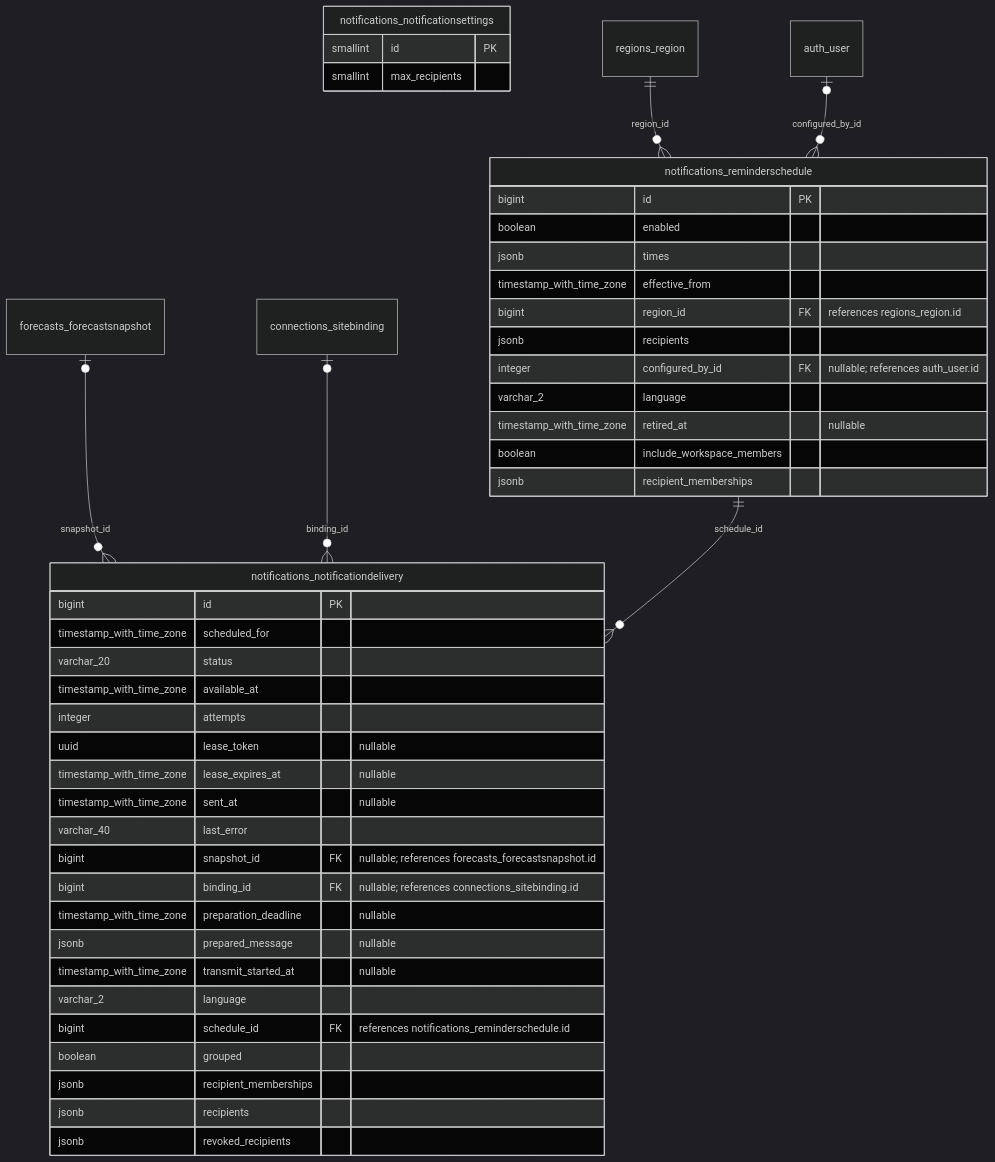
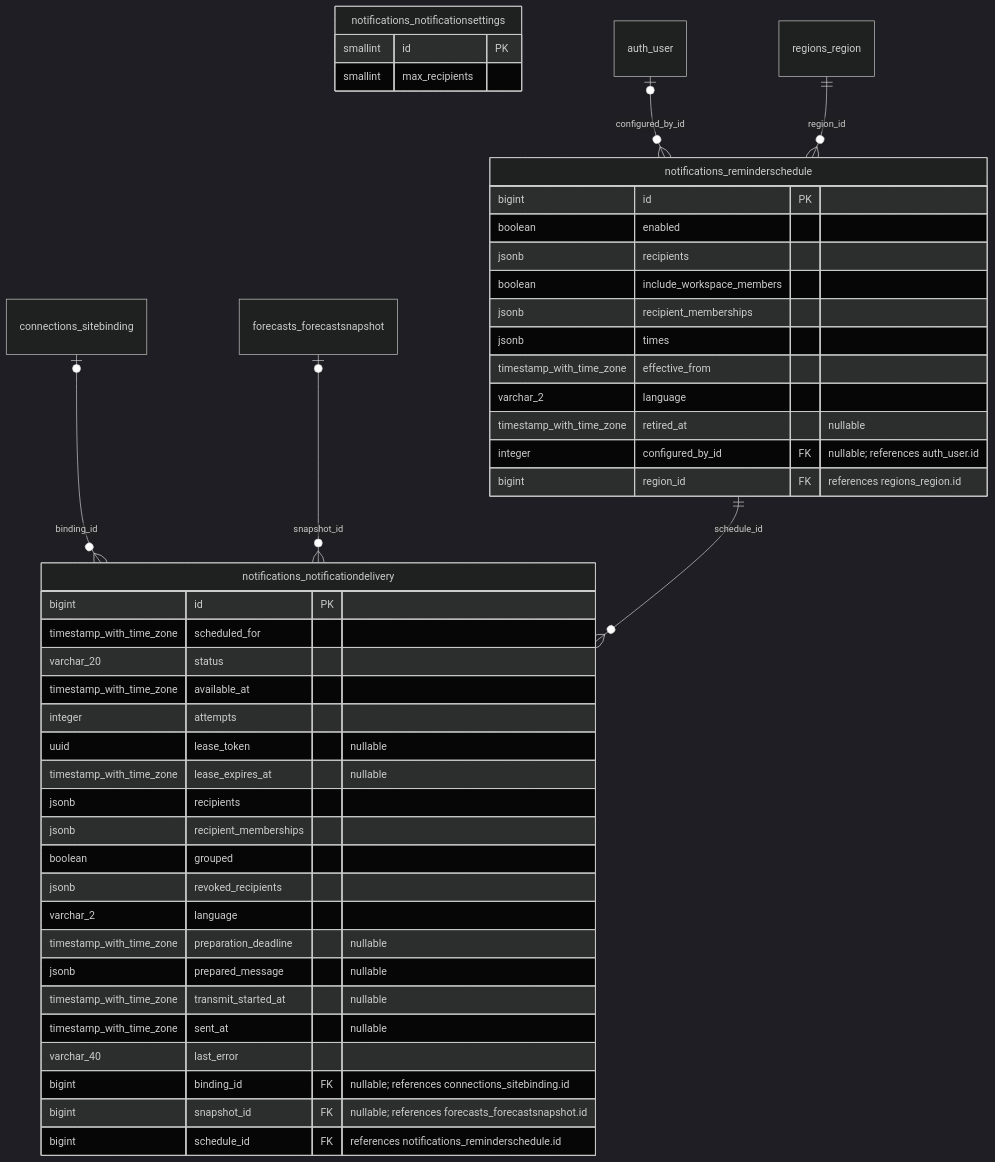
Before and after one commit to erkurtharun/pyracast: the eighth of 18 diagrams in docs/DATA_MODEL.md, drawn with Mermaid (dark theme). The commit also changed other lines of this file and 121 other files, not shown here.

````diff
--- a/docs/DATA_MODEL.md
+++ b/docs/DATA_MODEL.md
@@ -887,47 +887,47 @@
 ```mermaid
 erDiagram
     notifications_notificationdelivery {
         bigint id PK
         timestamp_with_time_zone scheduled_for
         varchar_20 status
         timestamp_with_time_zone available_at
         integer attempts
         uuid lease_token "nullable"
         timestamp_with_time_zone lease_expires_at "nullable"
-        timestamp_with_time_zone sent_at "nullable"
-        varchar_40 last_error
-        bigint snapshot_id FK "nullable; references forecasts_forecastsnapshot.id"
-        bigint binding_id FK "nullable; references connections_sitebinding.id"
+        jsonb recipients
+        jsonb recipient_memberships
+        boolean grouped
+        jsonb revoked_recipients
+        varchar_2 language
         timestamp_with_time_zone preparation_deadline "nullable"
         jsonb prepared_message "nullable"
         timestamp_with_time_zone transmit_started_at "nullable"
-        varchar_2 language
+        timestamp_with_time_zone sent_at "nullable"
+        varchar_40 last_error
+        bigint binding_id FK "nullable; references connections_sitebinding.id"
+        bigint snapshot_id FK "nullable; references forecasts_forecastsnapshot.id"
         bigint schedule_id FK "references notifications_reminderschedule.id"
-        boolean grouped
-        jsonb recipient_memberships
-        jsonb recipients
-        jsonb revoked_recipients
     }
     notifications_notificationsettings {
         smallint id PK
         smallint max_recipients
     }
     notifications_reminderschedule {
         bigint id PK
         boolean enabled
+        jsonb recipients
+        boolean include_workspace_members
+        jsonb recipient_memberships
         jsonb times
         timestamp_with_time_zone effective_from
-        bigint region_id FK "references regions_region.id"
-        jsonb recipients
-        integer configured_by_id FK "nullable; references auth_user.id"
         varchar_2 language
         timestamp_with_time_zone retired_at "nullable"
-        boolean include_workspace_members
-        jsonb recipient_memberships
+        integer configured_by_id FK "nullable; references auth_user.id"
+        bigint region_id FK "references regions_region.id"
     }
+    connections_sitebinding |o--o{ notifications_notificationdelivery : "binding_id"
     forecasts_forecastsnapshot |o--o{ notifications_notificationdelivery : "snapshot_id"
-    connections_sitebinding |o--o{ notifications_notificationdelivery : "binding_id"
     notifications_reminderschedule ||--o{ notifications_notificationdelivery : "schedule_id"
+    auth_user |o--o{ notifications_reminderschedule : "configured_by_id"
     regions_region ||--o{ notifications_reminderschedule : "region_id"
-    auth_user |o--o{ notifications_reminderschedule : "configured_by_id"
 ```
````
